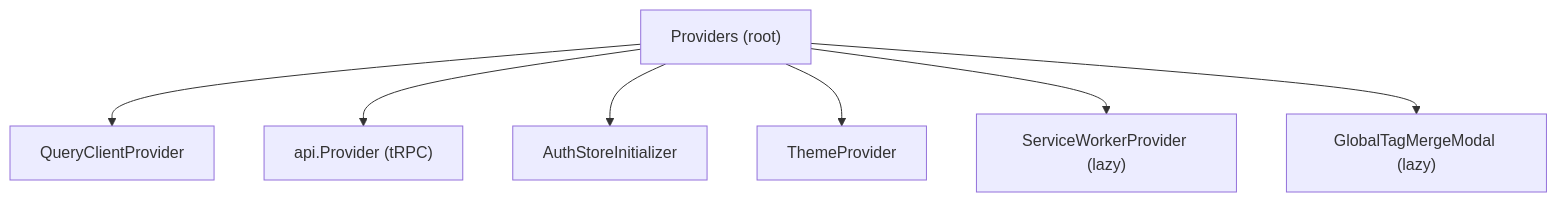
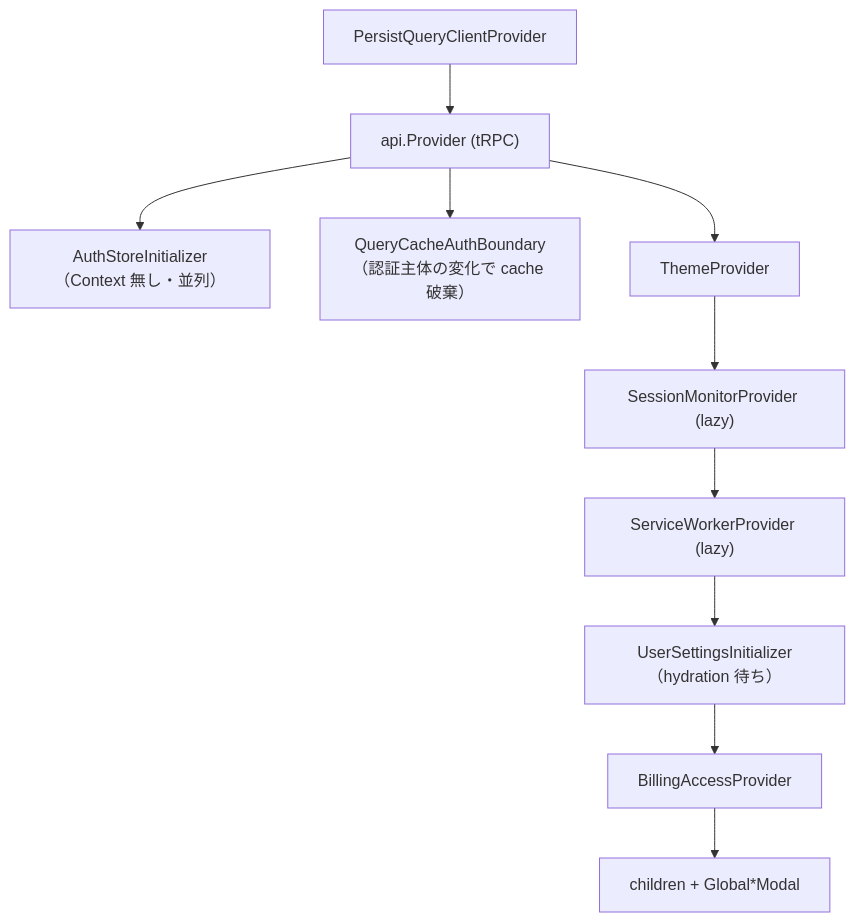
Before and after one commit to Dayopt/dayopt: the third of 6 diagrams in docs/engineering/architecture.md, drawn with Mermaid. The commit also changed other lines of this file and 4 other files, not shown here.

````diff
--- a/docs/engineering/architecture.md
+++ b/docs/engineering/architecture.md
@@ -125,10 +142,13 @@
 ```mermaid
 graph TD
-    P["Providers (root)"]
-    P --> QC["QueryClientProvider"]
+    P["PersistQueryClientProvider"]
     P --> TC["api.Provider (tRPC)"]
-    P --> AS["AuthStoreInitializer"]
-    P --> TP["ThemeProvider"]
-    P --> SW["ServiceWorkerProvider (lazy)"]
-    P --> GT["GlobalTagMergeModal (lazy)"]
+    TC --> AS["AuthStoreInitializer（Context 無し・並列）"]
+    TC --> QB["QueryCacheAuthBoundary（認証主体の変化で cache 破棄）"]
+    TC --> TP["ThemeProvider"]
+    TP --> SM["SessionMonitorProvider (lazy)"]
+    SM --> SW["ServiceWorkerProvider (lazy)"]
+    SW --> US["UserSettingsInitializer（hydration 待ち）"]
+    US --> BA["BillingAccessProvider"]
+    BA --> CH["children + Global*Modal"]
 ```
````
